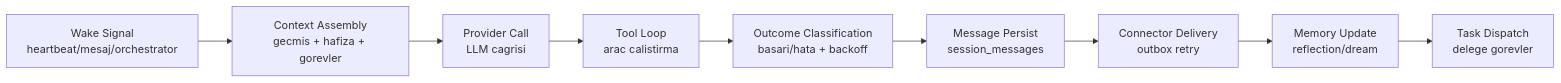
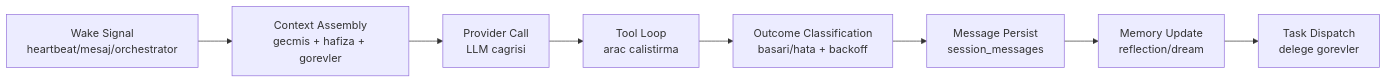
Before and after one commit to bilal-arikan/tionharness: the second of 2 diagrams in _Docs/01-MIMARI.md, drawn with Mermaid. The commit also changed other lines of this file and 6 other files, not shown here.

````diff
--- a/_Docs/01-MIMARI.md
+++ b/_Docs/01-MIMARI.md
@@ -38,11 +37,10 @@
 ```mermaid
 graph LR
     W[Wake Signal<br/>heartbeat/mesaj/orchestrator] --> CTX[Context Assembly<br/>gecmis + hafiza + gorevler]
     CTX --> CALL[Provider Call<br/>LLM cagrisi]
     CALL --> TOOL[Tool Loop<br/>arac calistirma]
     TOOL --> OUT[Outcome Classification<br/>basari/hata + backoff]
     OUT --> PERSIST[Message Persist<br/>session_messages]
-    PERSIST --> DELIVER[Connector Delivery<br/>outbox retry]
-    DELIVER --> MEMUP[Memory Update<br/>reflection/dream]
+    PERSIST --> MEMUP[Memory Update<br/>reflection/dream]
     MEMUP --> DISPATCH[Task Dispatch<br/>delege gorevler]
 ```
````
